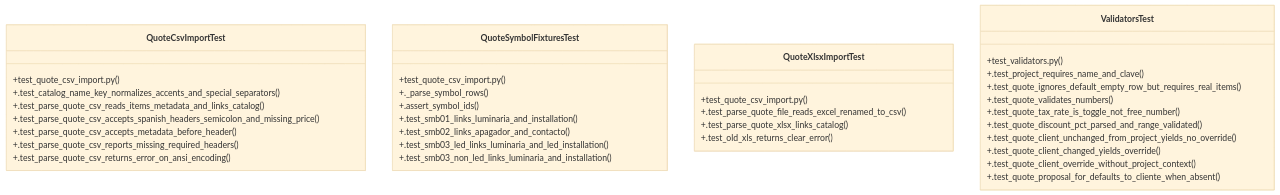
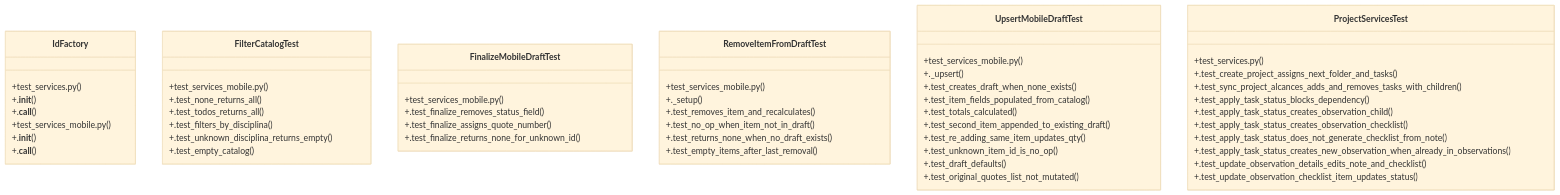
The diagram in graphify-out/wiki/Community_4.md (Daftrick/ProjectTracker), drawn with Mermaid (base theme) before and after one commit. The commit also changed other lines of this file and 522 other files, not shown here.

````diff
--- a/graphify-out/wiki/Community_4.md
+++ b/graphify-out/wiki/Community_4.md
@@ -36,39 +36,59 @@
 ```mermaid
 classDiagram
-    class QuoteCsvImportTest {
-        +test_quote_csv_import.py()
-        +.test_catalog_name_key_normalizes_accents_and_special_separators()
-        +.test_parse_quote_csv_reads_items_metadata_and_links_catalog()
-        +.test_parse_quote_csv_accepts_spanish_headers_semicolon_and_missing_price()
-        +.test_parse_quote_csv_accepts_metadata_before_header()
-        +.test_parse_quote_csv_reports_missing_required_headers()
-        +.test_parse_quote_csv_returns_error_on_ansi_encoding()
+    class IdFactory {
+        +test_services.py()
+        +.__init__()
+        +.__call__()
     }
-    class QuoteSymbolFixturesTest {
-        +test_quote_csv_import.py()
-        +._parse_symbol_rows()
-        +.assert_symbol_ids()
-        +.test_smb01_links_luminaria_and_installation()
-        +.test_smb02_links_apagador_and_contacto()
-        +.test_smb03_led_links_luminaria_and_led_installation()
-        +.test_smb03_non_led_links_luminaria_and_installation()
+    class FilterCatalogTest {
+        +test_services_mobile.py()
+        +.test_none_returns_all()
+        +.test_todos_returns_all()
+        +.test_filters_by_disciplina()
+        +.test_unknown_disciplina_returns_empty()
+        +.test_empty_catalog()
     }
-    class QuoteXlsxImportTest {
-        +test_quote_csv_import.py()
-        +.test_parse_quote_file_reads_excel_renamed_to_csv()
-        +.test_parse_quote_xlsx_links_catalog()
-        +.test_old_xls_returns_clear_error()
+    class FinalizeMobileDraftTest {
+        +test_services_mobile.py()
+        +.test_finalize_removes_status_field()
+        +.test_finalize_assigns_quote_number()
+        +.test_finalize_returns_none_for_unknown_id()
     }
-    class ValidatorsTest {
-        +test_validators.py()
-        +.test_project_requires_name_and_clave()
-        +.test_quote_ignores_default_empty_row_but_requires_real_items()
-        +.test_quote_validates_numbers()
-        +.test_quote_tax_rate_is_toggle_not_free_number()
-        +.test_quote_discount_pct_parsed_and_range_validated()
-        +.test_quote_client_unchanged_from_project_yields_no_override()
-        +.test_quote_client_changed_yields_override()
-        +.test_quote_client_override_without_project_context()
-        +.test_quote_proposal_for_defaults_to_cliente_when_absent()
+    class IdFactory {
+        +test_services_mobile.py()
+        +.__init__()
+        +.__call__()
+    }
+    class RemoveItemFromDraftTest {
+        +test_services_mobile.py()
+        +._setup()
+        +.test_removes_item_and_recalculates()
+        +.test_no_op_when_item_not_in_draft()
+        +.test_returns_none_when_no_draft_exists()
+        +.test_empty_items_after_last_removal()
+    }
+    class UpsertMobileDraftTest {
+        +test_services_mobile.py()
+        +._upsert()
+        +.test_creates_draft_when_none_exists()
+        +.test_item_fields_populated_from_catalog()
+        +.test_totals_calculated()
+        +.test_second_item_appended_to_existing_draft()
+        +.test_re_adding_same_item_updates_qty()
+        +.test_unknown_item_id_is_no_op()
+        +.test_draft_defaults()
+        +.test_original_quotes_list_not_mutated()
+    }
+    class ProjectServicesTest {
+        +test_services.py()
+        +.test_create_project_assigns_next_folder_and_tasks()
+        +.test_sync_project_alcances_adds_and_removes_tasks_with_children()
+        +.test_apply_task_status_blocks_dependency()
+        +.test_apply_task_status_creates_observation_child()
+        +.test_apply_task_status_creates_observation_checklist()
+        +.test_apply_task_status_does_not_generate_checklist_from_note()
+        +.test_apply_task_status_creates_new_observation_when_already_in_observations()
+        +.test_update_observation_details_edits_note_and_checklist()
+        +.test_update_observation_checklist_item_updates_status()
     }
 ```
````
